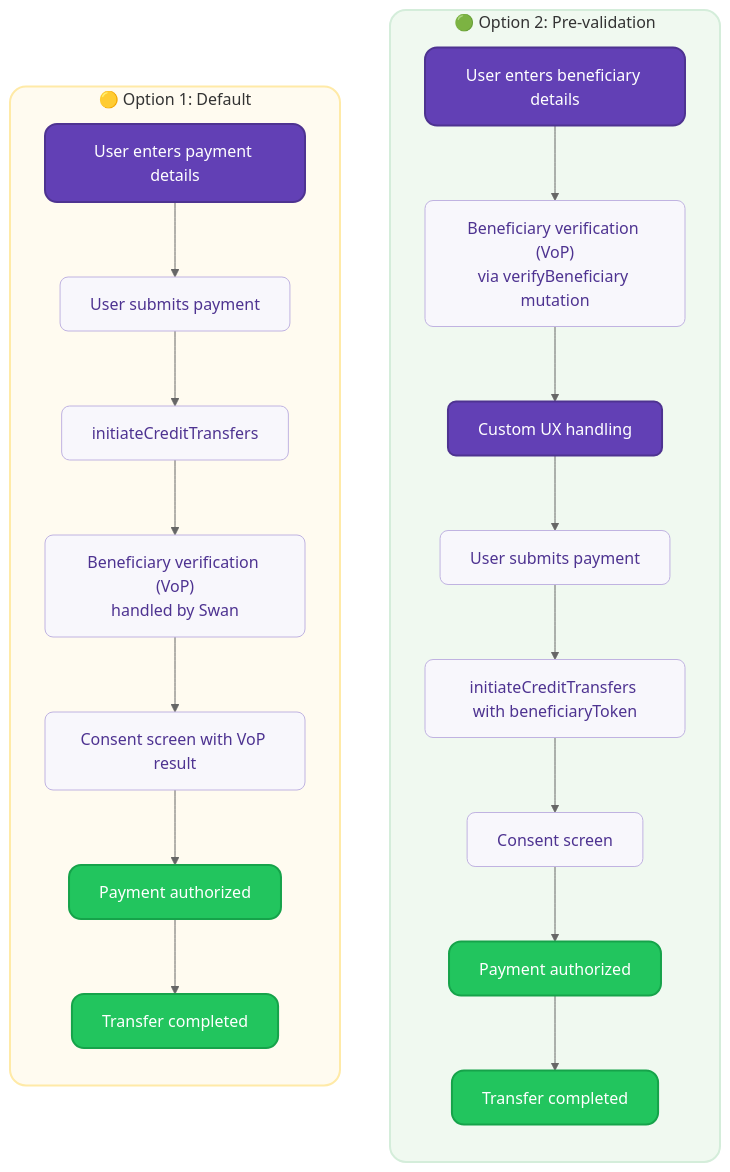
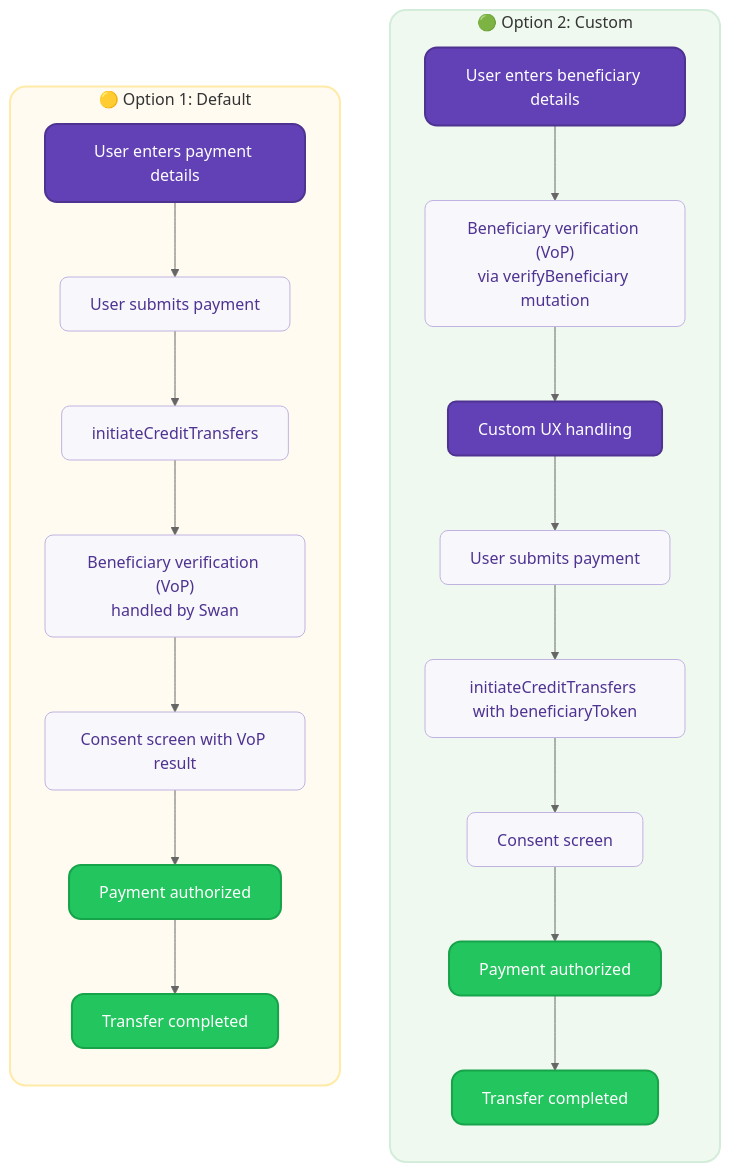
One commit to swan-io/docs changed the second of 3 diagrams in docs/topics/payments/credit-transfers/sepa/verification-of-payee.mdx. Above: the diagram before and after it, drawn with Mermaid (neutral theme). The commit also changed other lines of this file, not shown here.

````diff
--- a/docs/topics/payments/credit-transfers/sepa/verification-of-payee.mdx
+++ b/docs/topics/payments/credit-transfers/sepa/verification-of-payee.mdx
@@ -221,49 +221,49 @@
 ```mermaid
 flowchart TD
-    subgraph Option2 ["🟢 Option 2: Pre-validation"]
+    subgraph Option2 ["🟢 Option 2: Custom"]
         direction TB
         A2["User enters beneficiary details"] --> B2["Beneficiary verification (VoP)<br/>via verifyBeneficiary mutation"]
         B2 --> C2["Custom UX handling"]
         C2 --> D2["User submits payment"]
         D2 --> E2["initiateCreditTransfers with beneficiaryToken"]
         E2 --> F2["Consent screen"]
         F2 --> G2["Payment authorized"]
         G2 --> H2["Transfer completed"]
     end
 
     subgraph Option1 ["🟡 Option 1: Default"]
         direction TB
         A1["User enters payment details"] --> B1["User submits payment"]
         B1 --> C1["initiateCreditTransfers"]
         C1 --> D1["Beneficiary verification (VoP)<br/>handled by Swan"]
         D1 --> E1["Consent screen with VoP result"]
         E1 --> F1["Payment authorized"]
         F1 --> G1["Transfer completed"]
     end
     
     classDef default fill:#ffffff,stroke:#6240b5,stroke-width:1px,color:#271a48,rx:8,ry:8
     classDef input fill:#6240b5,stroke:#4e3391,stroke-width:2px,color:#ffffff,rx:12,ry:12
     classDef process fill:#f8f7fc,stroke:#c0b3e1,stroke-width:1px,color:#4e3391,rx:8,ry:8
     classDef success fill:#22c55e,stroke:#16a34a,stroke-width:2px,color:#ffffff,rx:12,ry:12
     classDef transfer fill:#22c55e,stroke:#16a34a,stroke-width:2px,color:#ffffff,rx:12,ry:12
     classDef custom fill:#6240b5,stroke:#4e3391,stroke-width:2px,color:#ffffff,rx:8,ry:8
     classDef invisible fill:transparent,stroke:transparent,color:transparent
     classDef subgraph1 fill:#fffbf0,stroke:#ffeaa7,stroke-width:2px,rx:16,ry:16
     classDef subgraph2 fill:#f0f9f0,stroke:#d4edda,stroke-width:2px,rx:16,ry:16
     
     %% Option 1 styling
     class A1 input
     class B1,C1,D1,E1 process
     class F1 success
     class G1 transfer
     
     %% Option 2 styling
     class A2 input
     class B2,D2,E2,F2 process
     class C2 custom
     class G2 success
     class H2 transfer
     
     class Option1 subgraph1
     class Option2 subgraph2
 ```
````
